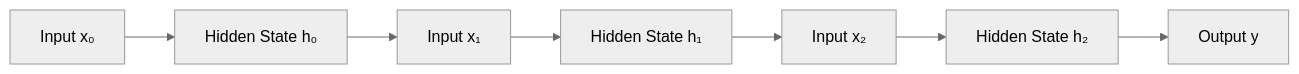
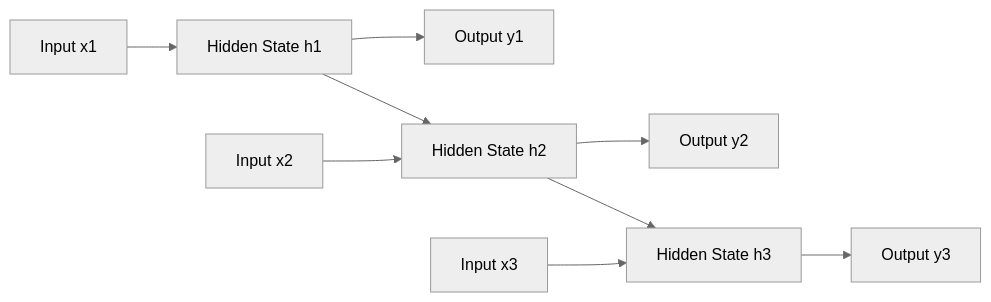
The second of 2 diagrams in _posts/2024-12-20-nn.md (glenntfung/glenntfung.github.io), drawn with Mermaid (neutral theme) before and after one commit. The commit also changed other lines of this file and 2 other files, not shown here.

````diff
--- a/_posts/2024-12-20-nn.md
+++ b/_posts/2024-12-20-nn.md
@@ -94,9 +284,11 @@
 ```mermaid
-graph LR
-    x0["Input x₀"] --> h0["Hidden State h₀"]
-    h0 --> x1["Input x₁"]
-    x1 --> h1["Hidden State h₁"]
-    h1 --> x2["Input x₂"]
-    x2 --> h2["Hidden State h₂"]
-    h2 --> Output["Output y"]
+flowchart LR
+    X1["Input x1"] --> H1["Hidden State h1"]
+    H1 --> O1["Output y1"]
+    X2["Input x2"] --> H2["Hidden State h2"]
+    H1 --> H2
+    H2 --> O2["Output y2"]
+    X3["Input x3"] --> H3["Hidden State h3"]
+    H2 --> H3
+    H3 --> O3["Output y3"]
 ```
````
